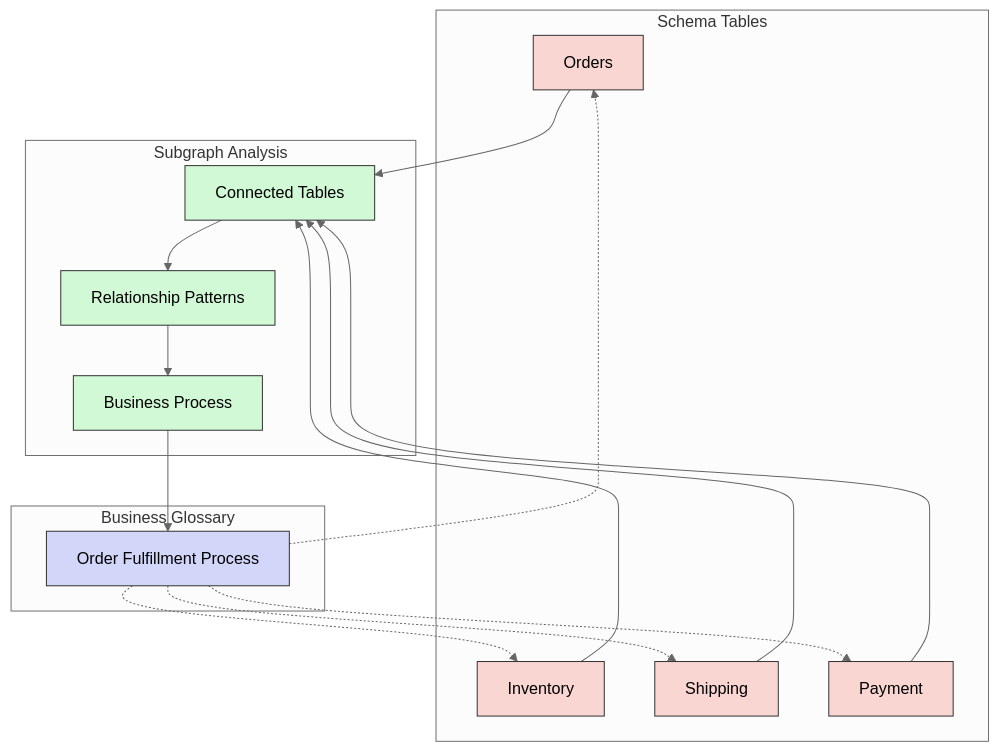
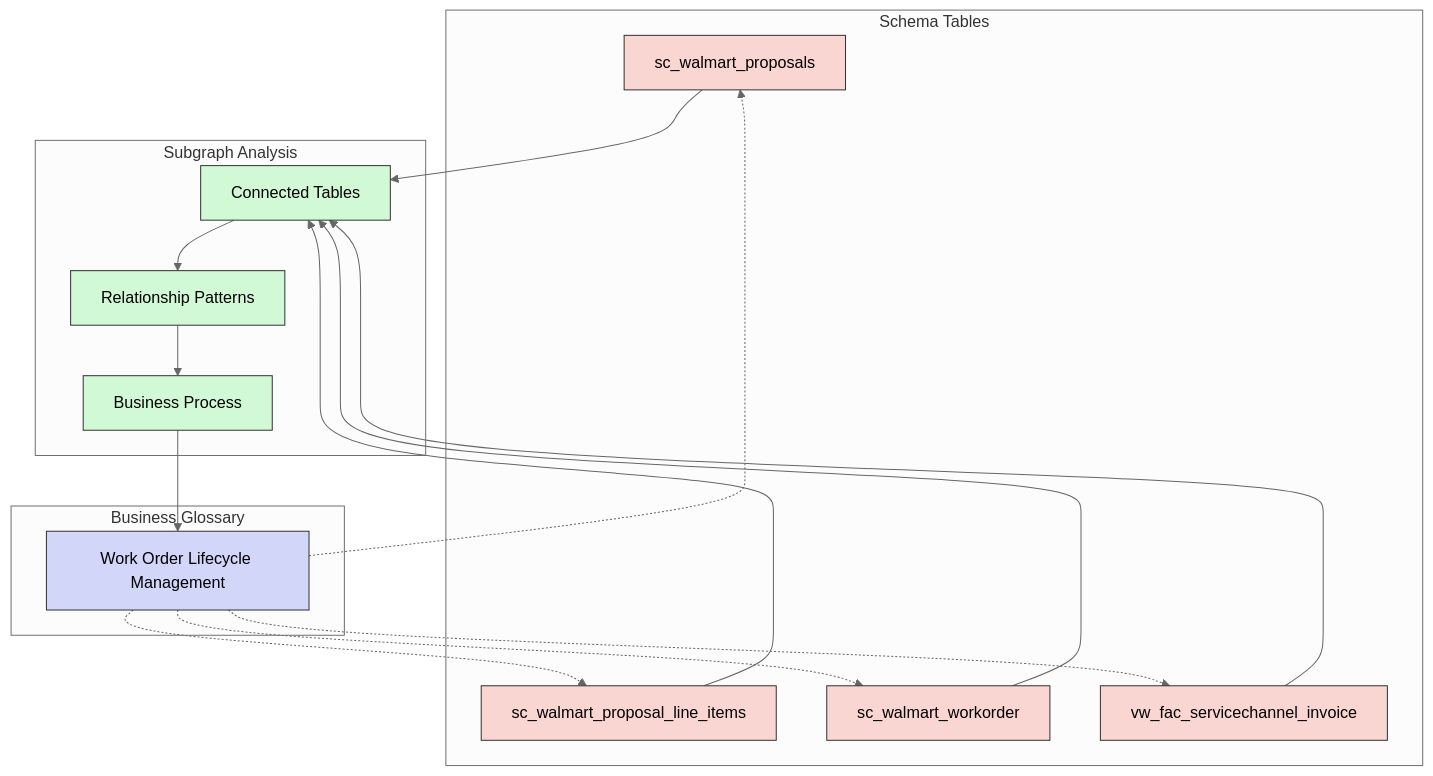
One commit to arunmenon/text2sql changed the third of 7 diagrams in documentation/reports/knowledge_graph_flywheel.md. Above: the diagram before and after it, drawn with Mermaid (neutral theme). The commit also changed other lines of this file, not shown here.

Commit message:
Update Knowledge Graph Flywheel document with Walmart schema context and examples

````diff
--- a/documentation/reports/knowledge_graph_flywheel.md
+++ b/documentation/reports/knowledge_graph_flywheel.md
@@ -109,40 +128,40 @@
 ```mermaid
 flowchart TD
     subgraph Schema Tables
-        T1[Orders]
-        T2[Inventory]
-        T3[Shipping]
-        T4[Payment]
+        T1[sc_walmart_proposals]
+        T2[sc_walmart_proposal_line_items]
+        T3[sc_walmart_workorder]
+        T4[vw_fac_servicechannel_invoice]
     end
     
     subgraph Subgraph Analysis
         SA[Connected Tables]
         RP[Relationship Patterns]
         BP[Business Process]
     end
     
     subgraph Business Glossary
-        BT[Order Fulfillment Process]
+        BT[Work Order Lifecycle Management]
     end
     
     T1 --> SA
     T2 --> SA
     T3 --> SA
     T4 --> SA
     SA --> RP
     RP --> BP
     BP --> BT
     BT -.-> T1
     BT -.-> T2
     BT -.-> T3
     BT -.-> T4
     
     style T1 fill:#f9d6d2,stroke:#333
     style T2 fill:#f9d6d2,stroke:#333
     style T3 fill:#f9d6d2,stroke:#333
     style T4 fill:#f9d6d2,stroke:#333
     style SA fill:#d2f9d6,stroke:#333
     style RP fill:#d2f9d6,stroke:#333
     style BP fill:#d2f9d6,stroke:#333
     style BT fill:#d2d6f9,stroke:#333
 ```
````
